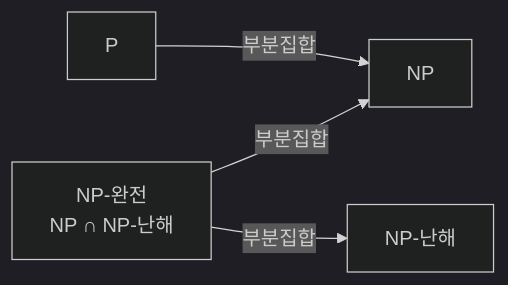
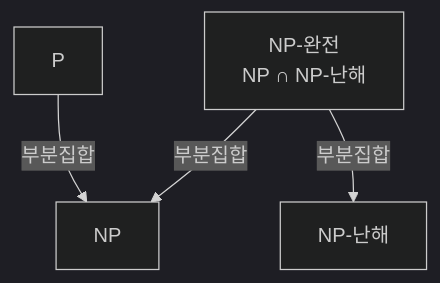
The diagram in src/content/docs/notes/01-basic-theory/019_np_complete.md (agnusdei1207/knowledge-base), drawn with Mermaid (dark theme) before and after one commit. The commit also changed other lines of this file and 18 other files, not shown here.

Commit message:
docs: revise basic theory notes 001-020 diagrams

````diff
--- a/src/content/docs/notes/01-basic-theory/019_np_complete.md
+++ b/src/content/docs/notes/01-basic-theory/019_np_complete.md
@@ -58,6 +60,6 @@
 ```mermaid
-flowchart LR
+flowchart TB
     P[P] -->|부분집합| NP[NP]
     NPC["NP-완전<br/>NP ∩ NP-난해"] -->|부분집합| NP
     NPC -->|부분집합| NPH[NP-난해]
 ```
````
